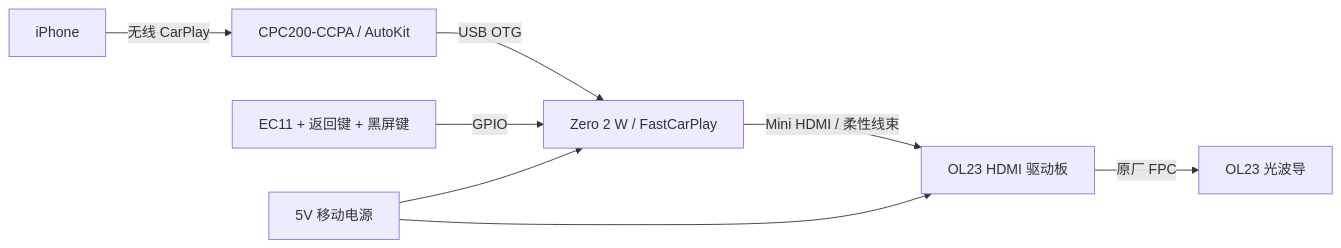
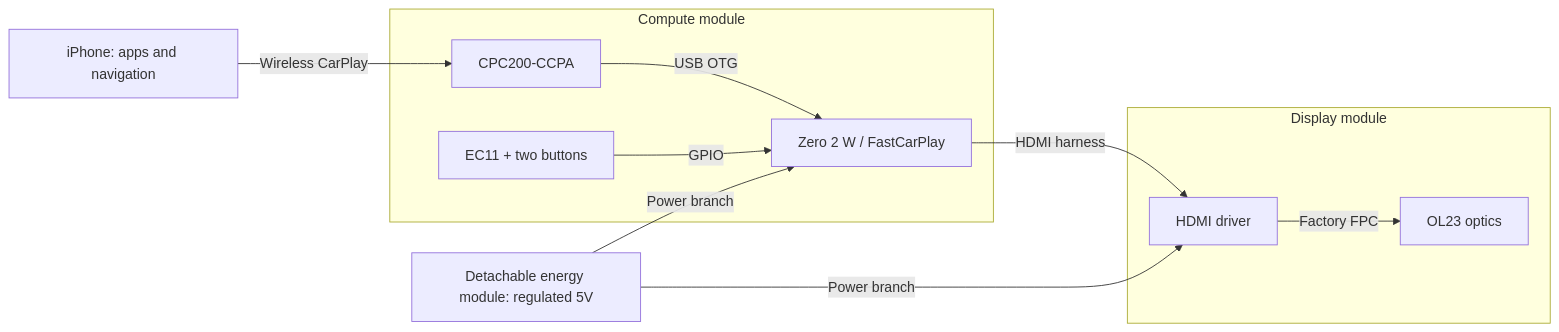
The diagram in README.md (aPuzzledCodingBear/goggle_lite), drawn with Mermaid before and after one commit. The commit also changed other lines of this file and 12 other files, not shown here.

````diff
--- a/README.md
+++ b/README.md
@@ -5,10 +21,14 @@
 ```mermaid
 flowchart LR
-  Phone[iPhone] -->|无线 CarPlay| CCPA[CPC200-CCPA / AutoKit]
-  CCPA -->|USB OTG| Pi[Zero 2 W / FastCarPlay]
-  Inputs[EC11 + 返回键 + 黑屏键] -->|GPIO| Pi
-  Pi -->|Mini HDMI / 柔性线束| Driver[OL23 HDMI 驱动板]
-  Driver -->|原厂 FPC| OL23[OL23 光波导]
-  Power[5V 移动电源] --> Pi
-  Power --> Driver
+  Phone[iPhone: apps and navigation] -->|Wireless CarPlay| CCPA[CPC200-CCPA]
+  subgraph Compute[Compute module]
+    CCPA -->|USB OTG| Pi[Zero 2 W / FastCarPlay]
+    Controls[EC11 + two buttons] -->|GPIO| Pi
+  end
+  subgraph Display[Display module]
+    Driver[HDMI driver] -->|Factory FPC| Optics[OL23 optics]
+  end
+  Energy[Detachable energy module: regulated 5V] -->|Power branch| Pi
+  Energy -->|Power branch| Driver
+  Pi -->|HDMI harness| Driver
 ```
````
